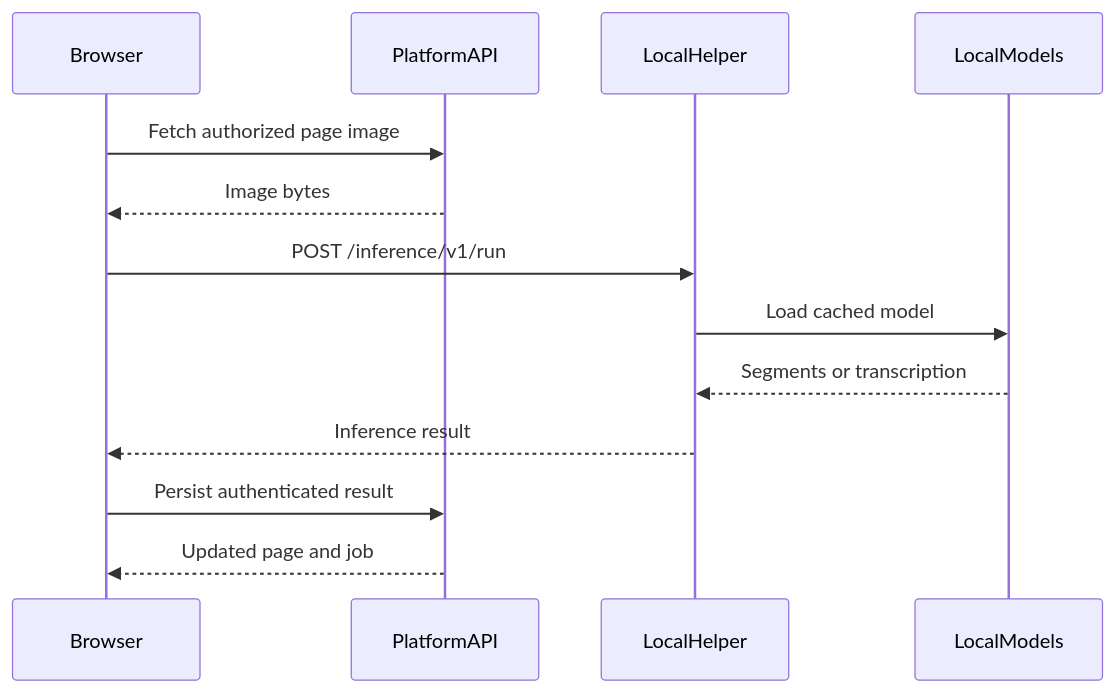
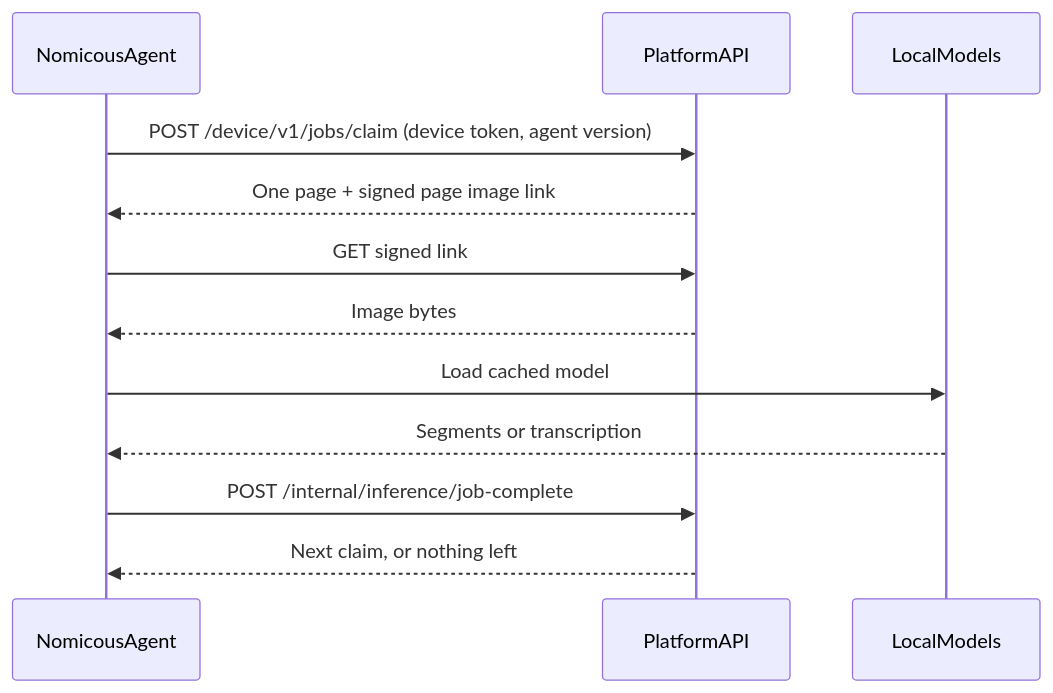
One commit to kkkamur07/greekOCR changed the fourth of 4 diagrams in docs/architecture.md. Above: the diagram before and after it, drawn with Mermaid. The commit also changed other lines of this file and 12 other files, not shown here.

````diff
--- a/docs/architecture.md
+++ b/docs/architecture.md
@@ -137,16 +140,15 @@
 ```mermaid
 sequenceDiagram
-    participant B as Browser
+    participant A as NomicousAgent
     participant API as PlatformAPI
-    participant H as LocalHelper
     participant M as LocalModels
 
-    B->>API: Fetch authorized page image
-    API-->>B: Image bytes
-    B->>H: POST /inference/v1/run
-    H->>M: Load cached model
-    M-->>H: Segments or transcription
-    H-->>B: Inference result
-    B->>API: Persist authenticated result
-    API-->>B: Updated page and job
+    A->>API: POST /device/v1/jobs/claim (device token, agent version)
+    API-->>A: One page + signed page image link
+    A->>API: GET signed link
+    API-->>A: Image bytes
+    A->>M: Load cached model
+    M-->>A: Segments or transcription
+    A->>API: POST /internal/inference/job-complete
+    API-->>A: Next claim, or nothing left
 ```
````
